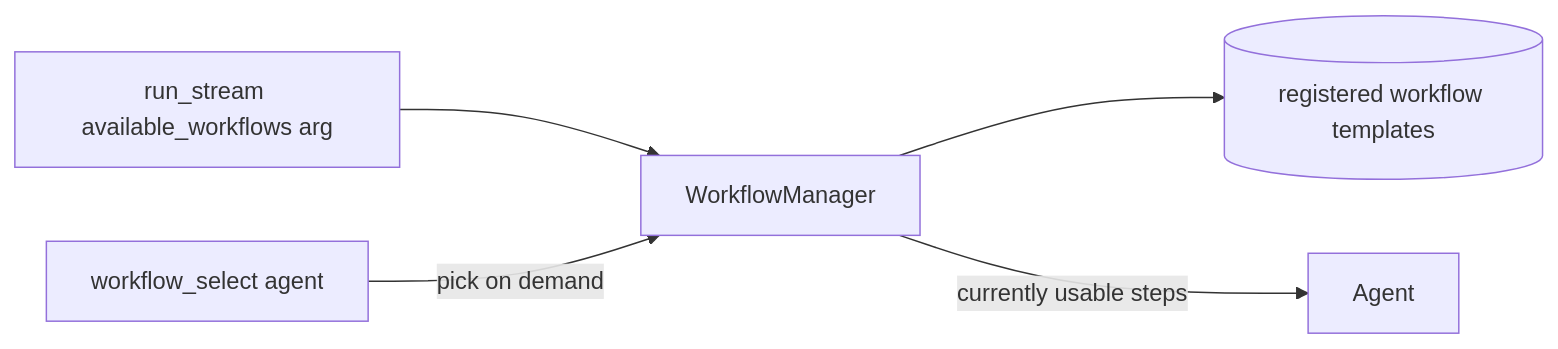
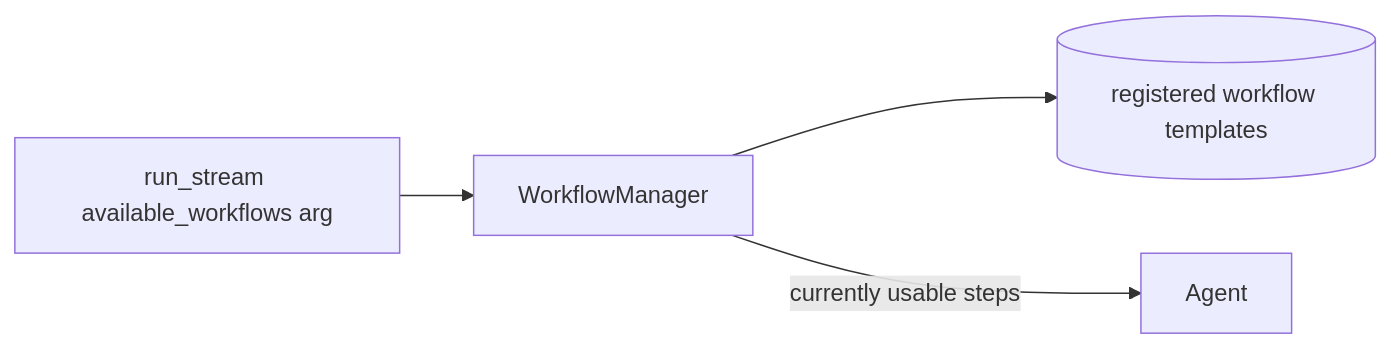
The eighth of 10 diagrams in docs/en/architecture/ARCHITECTURE_SAGENTS_SESSION_CONTEXT.md (ZHangZHengEric/Sage), drawn with Mermaid before and after one commit. The commit also changed 141 other files, not shown here.

````diff
--- a/docs/en/architecture/ARCHITECTURE_SAGENTS_SESSION_CONTEXT.md
+++ b/docs/en/architecture/ARCHITECTURE_SAGENTS_SESSION_CONTEXT.md
@@ -176,7 +176,6 @@
 ```mermaid
 flowchart LR
     AvailWF[run_stream available_workflows arg] --> WM[WorkflowManager]
     WM --> WfList[(registered workflow templates)]
-    WfSel[workflow_select agent] -->|pick on demand| WM
     WM -->|currently usable steps| Agent
 ```
````
